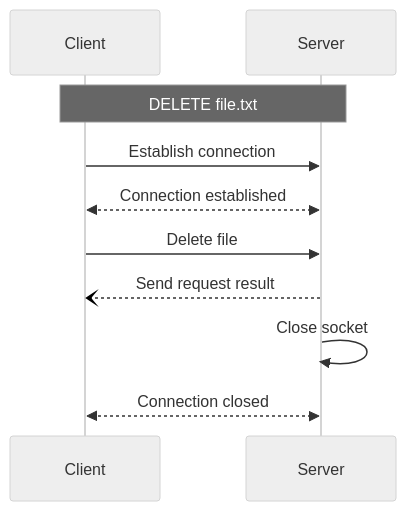
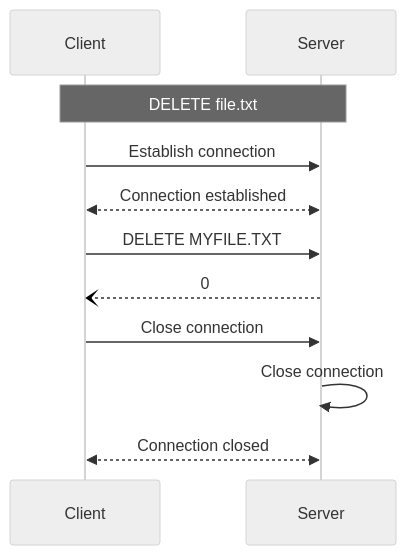
Before and after one commit to Thynkon/dai-pw-02: the diagram in docs/diagrams/delete.mmd, drawn with Mermaid (neutral theme). The commit also changed 23 other files, not shown here.

Commit message:
Update protocol and sequence diagrams

```diff
--- a/docs/diagrams/delete.mmd
+++ b/docs/diagrams/delete.mmd
@@ -1,11 +1,14 @@
+
 sequenceDiagram
     participant Client
     participant Server
 
+    %% Initialisation
     Note over Client,Server: DELETE file.txt
     Client->>Server: Establish connection
     Server<<-->>Client: Connection established
-    Client->>Server: Delete file
-    Server--)Client: Send request result
-    Server->>Server: Close socket
+    Client->>Server: DELETE MYFILE.TXT
+    Server--)Client: 0
+    Client->>Server: Close connection
+    Server->>Server: Close connection
     Server<<-->>Client: Connection closed
```
